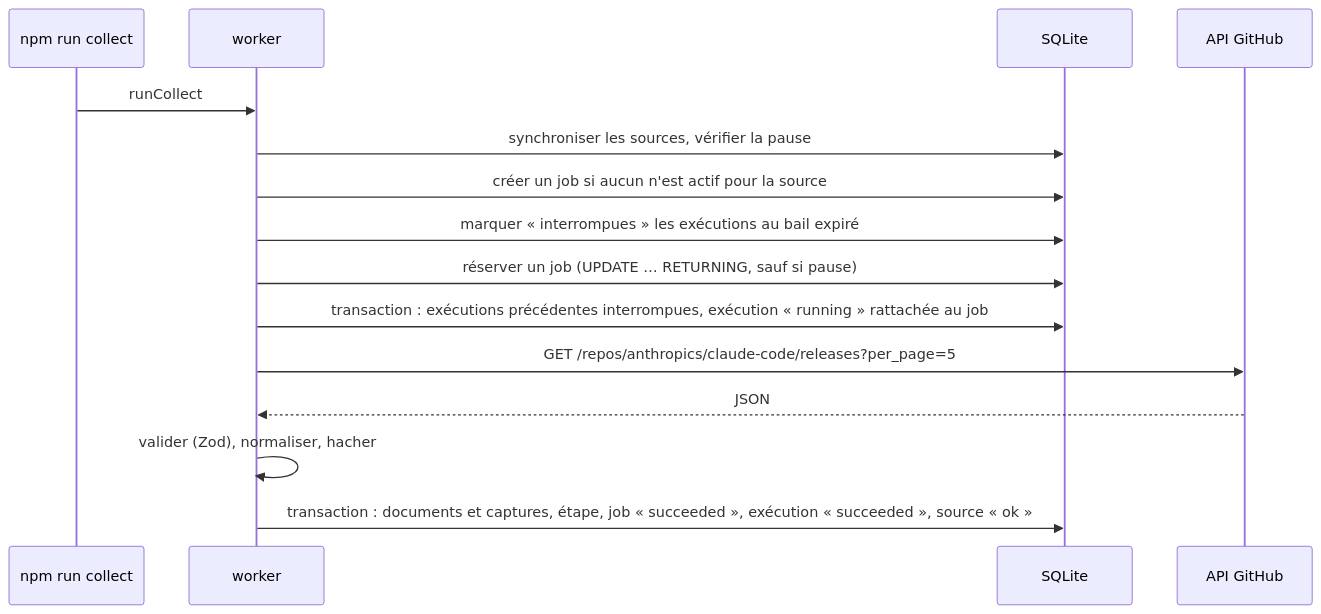
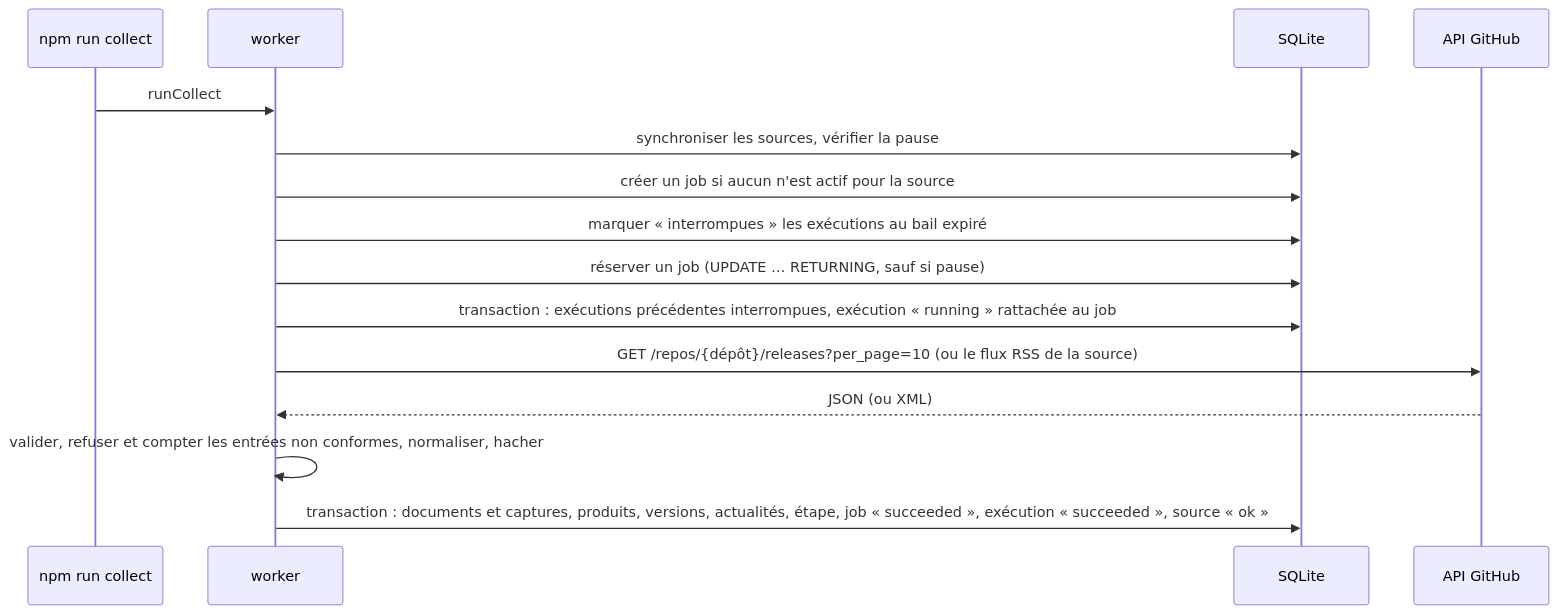
Before and after one commit to Aloncoh/curation-ia: the second of 3 diagrams in docs/architecture.md, drawn with Mermaid. The commit also changed other lines of this file and 54 other files, not shown here.

````diff
--- a/docs/architecture.md
+++ b/docs/architecture.md
@@ -44,17 +51,17 @@
 ```mermaid
 sequenceDiagram
   participant C as npm run collect
   participant W as worker
   participant DB as SQLite
   participant GH as API GitHub
   C->>W: runCollect
   W->>DB: synchroniser les sources, vérifier la pause
   W->>DB: créer un job si aucun n'est actif pour la source
   W->>DB: marquer « interrompues » les exécutions au bail expiré
   W->>DB: réserver un job (UPDATE … RETURNING, sauf si pause)
   W->>DB: transaction : exécutions précédentes interrompues, exécution « running » rattachée au job
-  W->>GH: GET /repos/anthropics/claude-code/releases?per_page=5
-  GH-->>W: JSON
-  W->>W: valider (Zod), normaliser, hacher
-  W->>DB: transaction : documents et captures, étape, job « succeeded », exécution « succeeded », source « ok »
+  W->>GH: GET /repos/{dépôt}/releases?per_page=10 (ou le flux RSS de la source)
+  GH-->>W: JSON (ou XML)
+  W->>W: valider, refuser et compter les entrées non conformes, normaliser, hacher
+  W->>DB: transaction : documents et captures, produits, versions, actualités, étape, job « succeeded », exécution « succeeded », source « ok »
 ```
````
